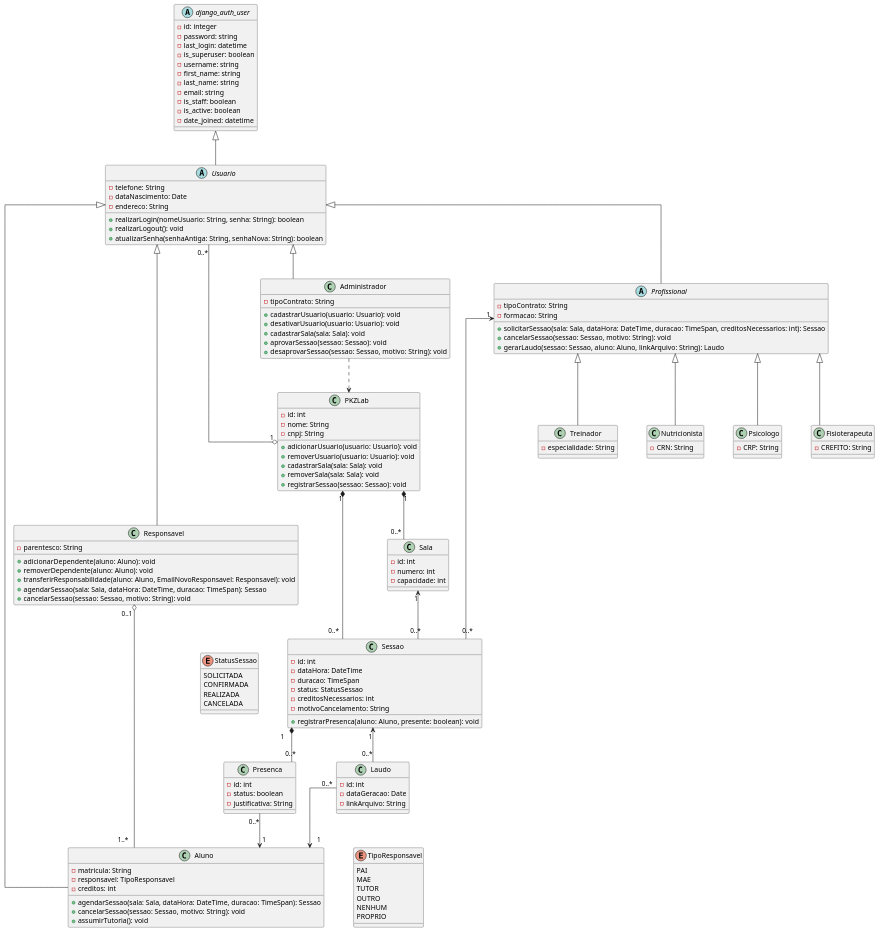
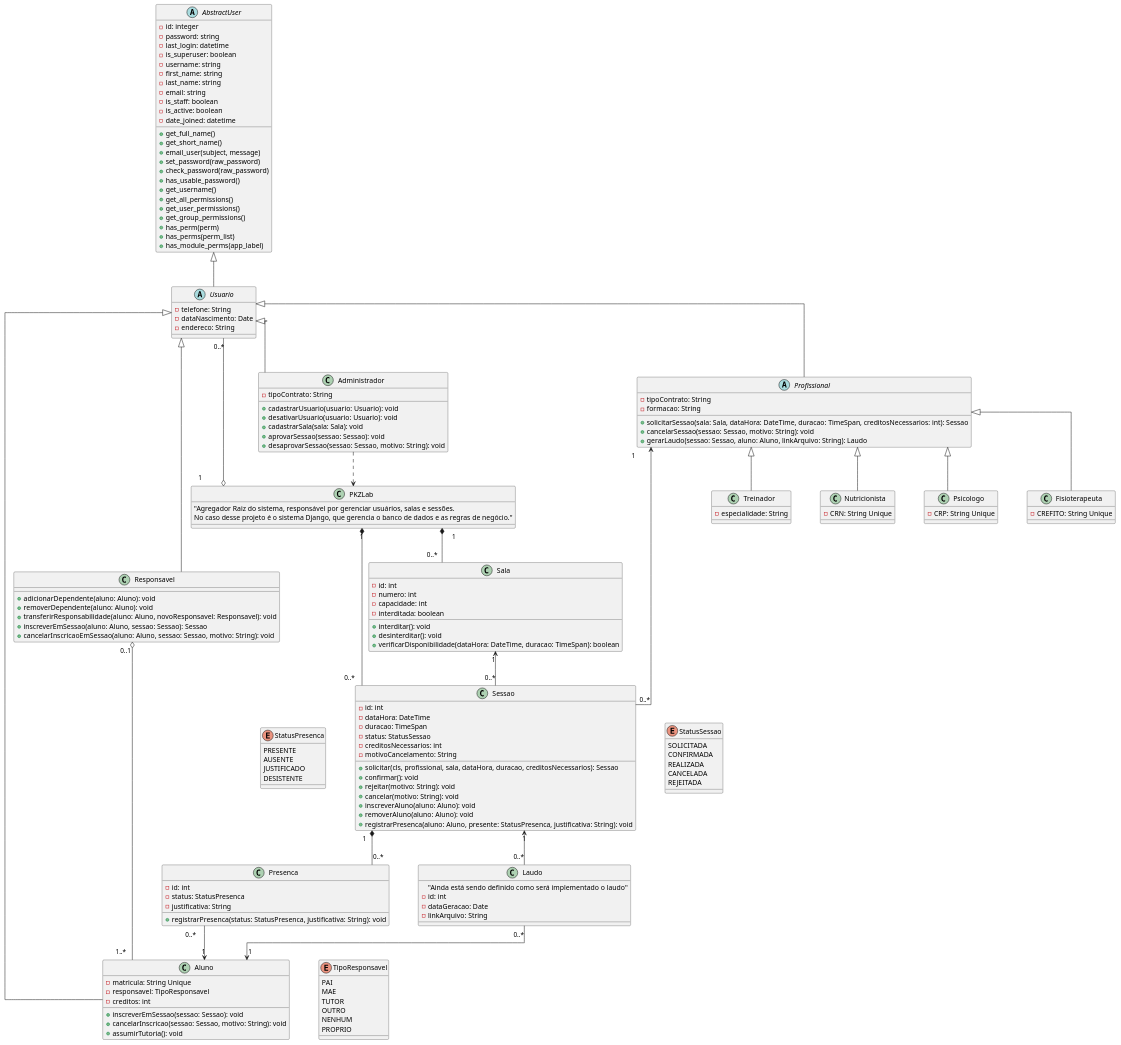
One commit to Projetos-de-Extensao/PECDII_26.2_8001_III changed the diagram in Elaboracao/diagrama_de_classes.puml. Above: the diagram before and after it, drawn with PlantUML. The commit also changed 2 other files, not shown here.

```diff
--- a/Elaboracao/diagrama_de_classes.puml
+++ b/Elaboracao/diagrama_de_classes.puml
@@ -11,27 +11,38 @@
     CONFIRMADA
     REALIZADA
     CANCELADA
+    REJEITADA
+}
+
+enum TipoResponsavel {
+    PAI
+    MAE
+    TUTOR
+    OUTRO
+    NENHUM
+    PROPRIO
+}
+
+enum StatusPresenca {
+    PRESENTE
+    AUSENTE
+    JUSTIFICADO
+    DESISTENTE
 }
 
 ' ==========================================
 ' AGREGADOR RAIZ / SISTEMA (PKZLab)
 ' ==========================================
 class PKZLab {
-    - id: int
-    - nome: String
-    - cnpj: String
-    + adicionarUsuario(usuario: Usuario): void
-    + removerUsuario(usuario: Usuario): void
-    + cadastrarSala(sala: Sala): void
-    + removerSala(sala: Sala): void
-    + registrarSessao(sessao: Sessao): void
+    "Agregador Raiz do sistema, responsável por gerenciar usuários, salas e sessões.
+    No caso desse projeto é o sistema Django, que gerencia o banco de dados e as regras de negócio."
 }
 
 ' ==========================================
 ' HIERARQUIA DE USUÁRIOS
 ' ==========================================
 
-abstract class django_auth_user {
+abstract class AbstractUser {
     - id: integer
     - password: string
     - last_login: datetime
@@ -43,15 +54,25 @@
     - is_staff: boolean
     - is_active: boolean
     - date_joined: datetime
+    + get_full_name()
+    + get_short_name()
+    + email_user(subject, message)
+    + set_password(raw_password)
+    + check_password(raw_password)
+    + has_usable_password()
+    + get_username()
+    + get_all_permissions()
+    + get_user_permissions()
+    + get_group_permissions()
+    + has_perm(perm)
+    + has_perms(perm_list)
+    + has_module_perms(app_label)
 }
 
 abstract class Usuario {
     - telefone: String
     - dataNascimento: Date
     - endereco: String
-    + realizarLogin(nomeUsuario: String, senha: String): boolean
-    + realizarLogout(): void
-    + atualizarSenha(senhaAntiga: String, senhaNova: String): boolean
 }
 
 class Administrador {
@@ -64,30 +85,19 @@
 }
 
 class Responsavel {
-    - parentesco: String
     + adicionarDependente(aluno: Aluno): void
     + removerDependente(aluno: Aluno): void
-    + transferirResponsabilidade(aluno: Aluno, EmailNovoResponsavel: Responsavel): void
-    + agendarSessao(sala: Sala, dataHora: DateTime, duracao: TimeSpan): Sessao
-    + cancelarSessao(sessao: Sessao, motivo: String): void
-
-}
-
-enum TipoResponsavel {
-    PAI
-    MAE
-    TUTOR
-    OUTRO
-    NENHUM
-    PROPRIO
+    + transferirResponsabilidade(aluno: Aluno, novoResponsavel: Responsavel): void
+    + inscreverEmSessao(aluno: Aluno, sessao: Sessao): Sessao
+    + cancelarInscricaoEmSessao(aluno: Aluno, sessao: Sessao, motivo: String): void
 }
 
 class Aluno {
-    - matricula: String
+    - matricula: String Unique
     - responsavel: TipoResponsavel
     - creditos: int
-    + agendarSessao(sala: Sala, dataHora: DateTime, duracao: TimeSpan): Sessao
-    + cancelarSessao(sessao: Sessao, motivo: String): void
+    + inscreverEmSessao(sessao: Sessao): void
+    + cancelarInscricao(sessao: Sessao, motivo: String): void
     + assumirTutoria(): void
 }
 
@@ -104,18 +114,18 @@
 }
 
 class Nutricionista {
-    - CRN: String
+    - CRN: String Unique
 }
 
 class Psicologo {
-    - CRP: String
+    - CRP: String Unique
 }
 
 class Fisioterapeuta{
-    - CREFITO: String
+    - CREFITO: String Unique
 }
 
-django_auth_user <|-- Usuario
+AbstractUser <|-- Usuario
 
 Usuario <|-- Administrador
 Usuario <|-- Responsavel
@@ -138,6 +148,10 @@
     - id: int
     - numero: int
     - capacidade: int
+    - interditada: boolean
+    + interditar(): void
+    + desinterditar(): void
+    + verificarDisponibilidade(dataHora: DateTime, duracao: TimeSpan): boolean
 }
 
 class Sessao {
@@ -147,16 +161,24 @@
     - status: StatusSessao
     - creditosNecessarios: int
     - motivoCancelamento: String
-    + registrarPresenca(aluno: Aluno, presente: boolean): void
+    + solicitar(cls, profissional, sala, dataHora, duracao, creditosNecessarios): Sessao
+    + confirmar(): void
+    + rejeitar(motivo: String): void
+    + cancelar(motivo: String): void
+    + inscreverAluno(aluno: Aluno): void
+    + removerAluno(aluno: Aluno): void
+    + registrarPresenca(aluno: Aluno, presente: StatusPresenca, justificativa: String): void
 }
 
 class Presenca {
     - id: int
-    - status: boolean
+    - status: StatusPresenca
     - justificativa: String
+    + registrarPresenca(status: StatusPresenca, justificativa: String): void
 }
 
 class Laudo {
+    "Ainda está sendo definido como será implementado o laudo"
     - id: int
     - dataGeracao: Date
     - linkArquivo: String
@@ -180,9 +202,11 @@
 Sessao "1" *-- "0..*" Presenca
 Presenca "0..*" --> "1" Aluno
 
+StatusPresenca -[hidden]right-> Sessao
+
 Sessao "1" <-- "0..*" Laudo
 Laudo "0..*" --> "1" Aluno
 
-StatusSessao -[hidden]right-> Sessao
+StatusSessao -[hidden]left-> Sessao
 
 @enduml
```
